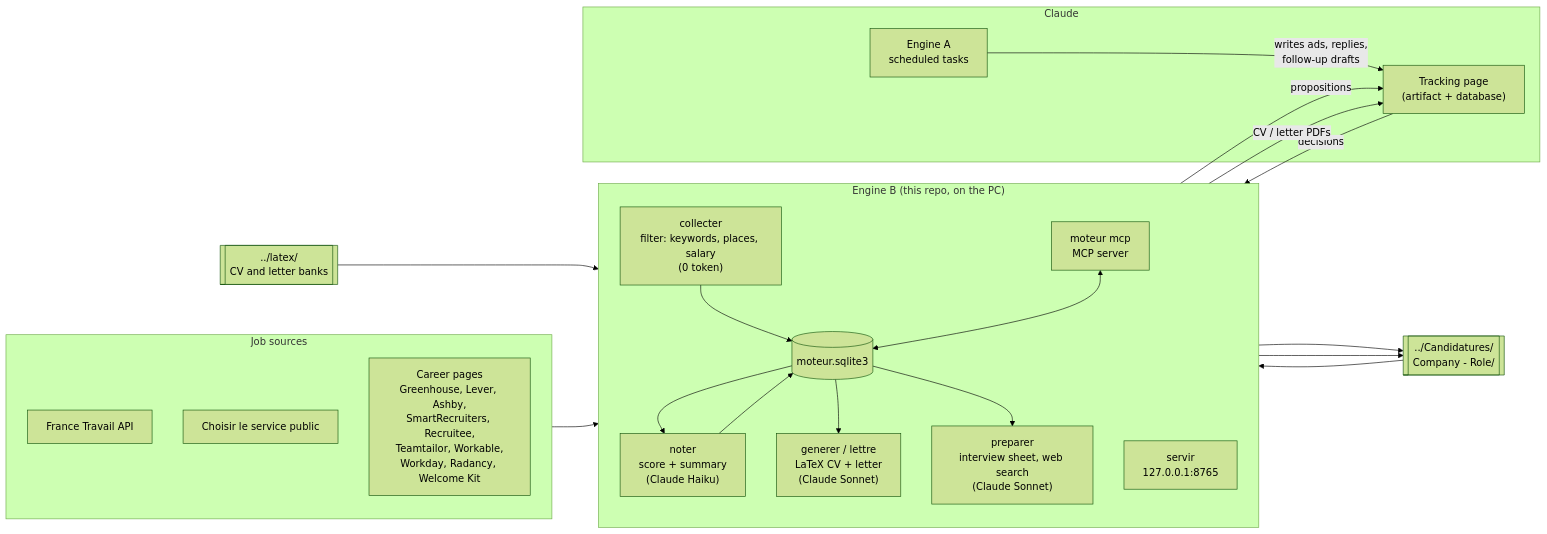
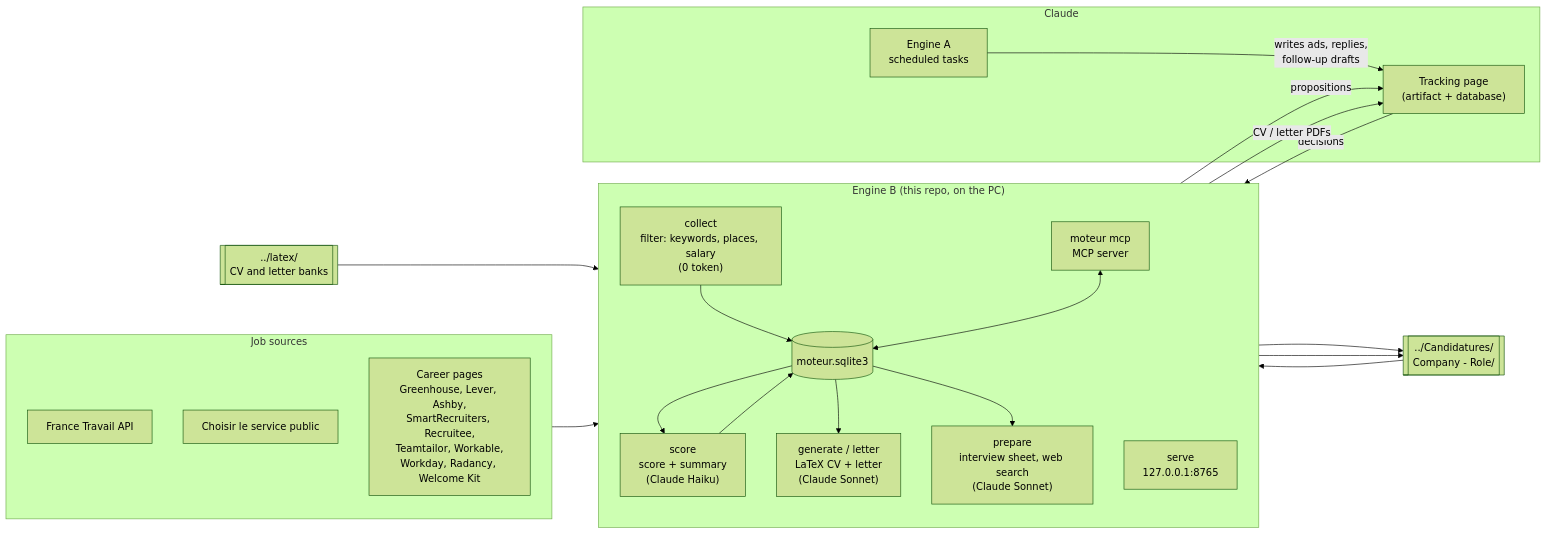
Before and after one commit to antoinebertoux/moteur-candidatures: the first of 2 diagrams in README.md, drawn with Mermaid (forest theme). The commit also changed other lines of this file and 84 other files, not shown here.

````diff
--- a/README.md
+++ b/README.md
@@ -19,41 +19,41 @@
 ```mermaid
 flowchart LR
     subgraph sources["Job sources"]
         FT["France Travail API"]
         SP["Choisir le service public"]
         ATS["Career pages<br/>Greenhouse, Lever, Ashby,<br/>SmartRecruiters, Recruitee,<br/>Teamtailor, Workable,<br/>Workday, Radancy, Welcome Kit"]
     end
 
     subgraph B["Engine B (this repo, on the PC)"]
         direction TB
-        COL["collecter<br/>filter: keywords, places, salary<br/>(0 token)"]
+        COL["collect<br/>filter: keywords, places, salary<br/>(0 token)"]
         DB[("moteur.sqlite3")]
-        NOT["noter<br/>score + summary<br/>(Claude Haiku)"]
-        GEN["generer / lettre<br/>LaTeX CV + letter<br/>(Claude Sonnet)"]
-        PREP["preparer<br/>interview sheet, web search<br/>(Claude Sonnet)"]
+        NOT["score<br/>score + summary<br/>(Claude Haiku)"]
+        GEN["generate / letter<br/>LaTeX CV + letter<br/>(Claude Sonnet)"]
+        PREP["prepare<br/>interview sheet, web search<br/>(Claude Sonnet)"]
         MCP["moteur mcp<br/>MCP server"]
-        SRV["servir<br/>127.0.0.1:8765"]
+        SRV["serve<br/>127.0.0.1:8765"]
         COL --> DB --> NOT --> DB
         DB --> GEN
         DB --> PREP
         MCP <--> DB
     end
 
     subgraph claude["Claude"]
         PAGE["Tracking page<br/>(artifact + database)"]
         A["Engine A<br/>scheduled tasks"]
     end
 
     LATEX[["../latex/<br/>CV and letter banks"]]
     OUT[["../Candidatures/<br/>Company - Role/"]]
 
     sources --> COL
     LATEX --> GEN
     GEN --> OUT
     PREP --> OUT
     MCP -- "propositions" --> PAGE
     PAGE -- "decisions" --> MCP
     A -- "writes ads, replies,<br/>follow-up drafts" --> PAGE
     SRV -- "CV / letter PDFs" --> PAGE
     OUT --> SRV
 ```
````
